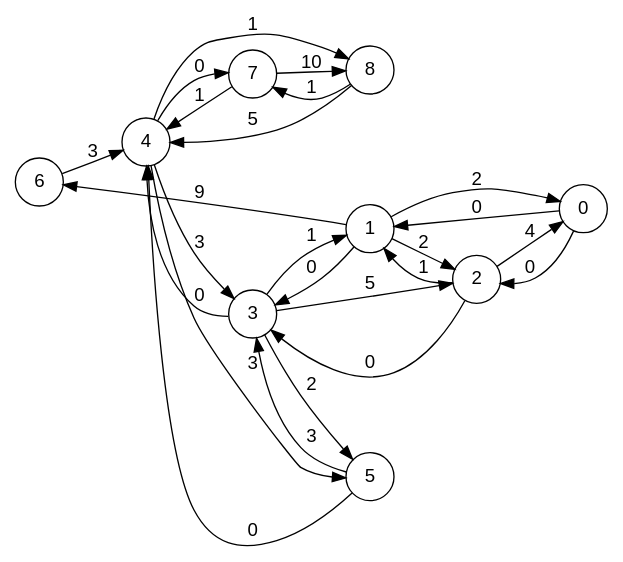
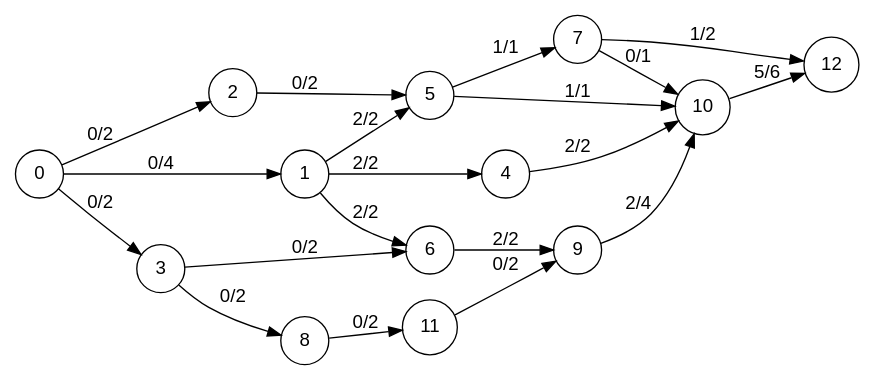
The diagram in graphs/graph3.txt.dot (caaroussel/ProjetOCaml), drawn with Graphviz before and after one commit. The commit also changed 57 other files, not shown here.

```diff
--- a/graphs/graph3.txt.dot
+++ b/graphs/graph3.txt.dot
@@ -1,36 +1,31 @@
 digraph finite_state_machine {
 
     fontname="Helvetica,Arial,sans-serif"
 
     node [fontname="Helvetica,Arial,sans-serif"]
 
     edge [fontname="Helvetica,Arial,sans-serif"]
 
     rankdir=LR;
 
     node [shape = circle];
-6 -> 4 [label = "3"];
-7 -> 4 [label = "1"];
-7 -> 8 [label = "10"];
-0 -> 1 [label = "0"];
-0 -> 2 [label = "0"];
-2 -> 3 [label = "0"];
-2 -> 0 [label = "4"];
-2 -> 1 [label = "1"];
-1 -> 6 [label = "9"];
-1 -> 0 [label = "2"];
-1 -> 2 [label = "2"];
-1 -> 3 [label = "0"];
-3 -> 4 [label = "0"];
-3 -> 2 [label = "5"];
-3 -> 1 [label = "1"];
-3 -> 5 [label = "2"];
-5 -> 3 [label = "3"];
-5 -> 4 [label = "0"];
-4 -> 7 [label = "0"];
-4 -> 3 [label = "3"];
-4 -> 5 [label = "3"];
-4 -> 8 [label = "1"];
-8 -> 7 [label = "1"];
-8 -> 4 [label = "5"];
+0 -> 3 [label = "0/2"];
+0 -> 2 [label = "0/2"];
+0 -> 1 [label = "0/4"];
+2 -> 5 [label = "0/2"];
+3 -> 6 [label = "0/2"];
+3 -> 8 [label = "0/2"];
+8 -> 11 [label = "0/2"];
+11 -> 9 [label = "0/2"];
+7 -> 10 [label = "0/1"];
+7 -> 12 [label = "1/2"];
+10 -> 12 [label = "5/6"];
+5 -> 7 [label = "1/1"];
+5 -> 10 [label = "1/1"];
+1 -> 5 [label = "2/2"];
+1 -> 6 [label = "2/2"];
+1 -> 4 [label = "2/2"];
+9 -> 10 [label = "2/4"];
+4 -> 10 [label = "2/2"];
+6 -> 9 [label = "2/2"];
 }
```
